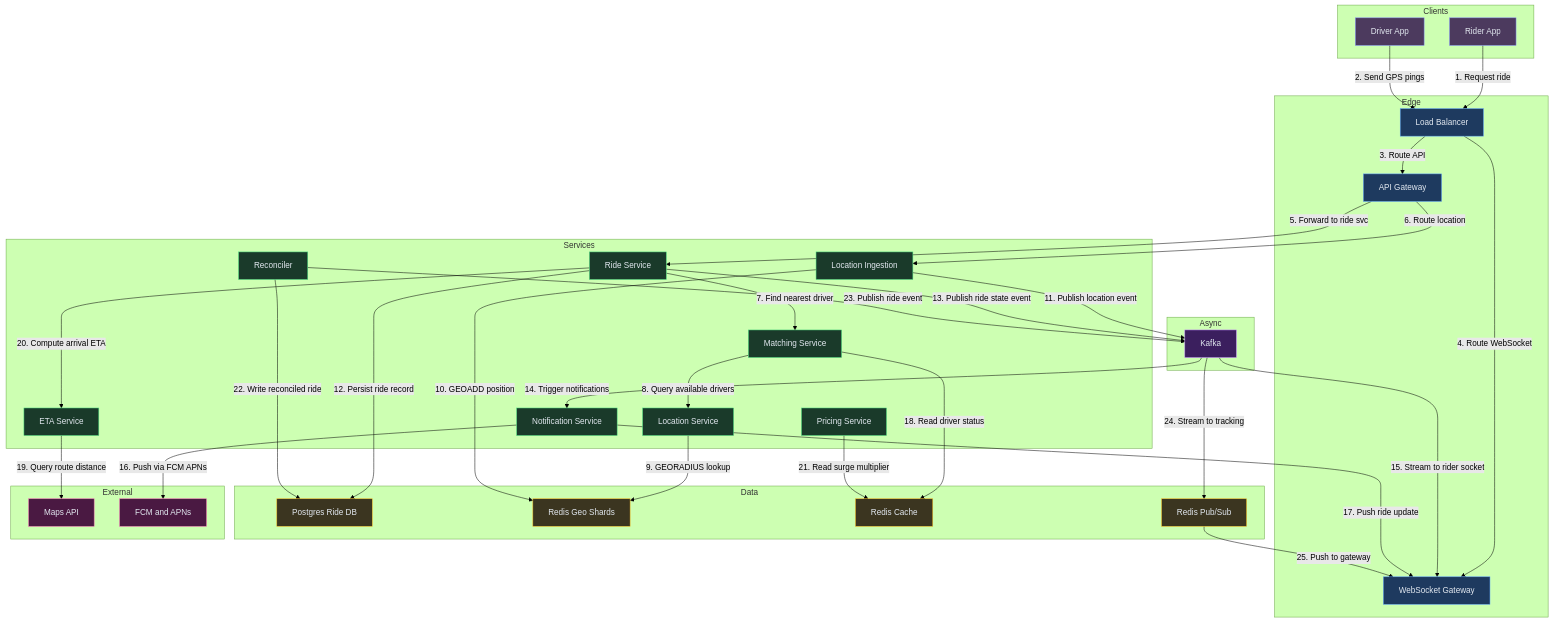
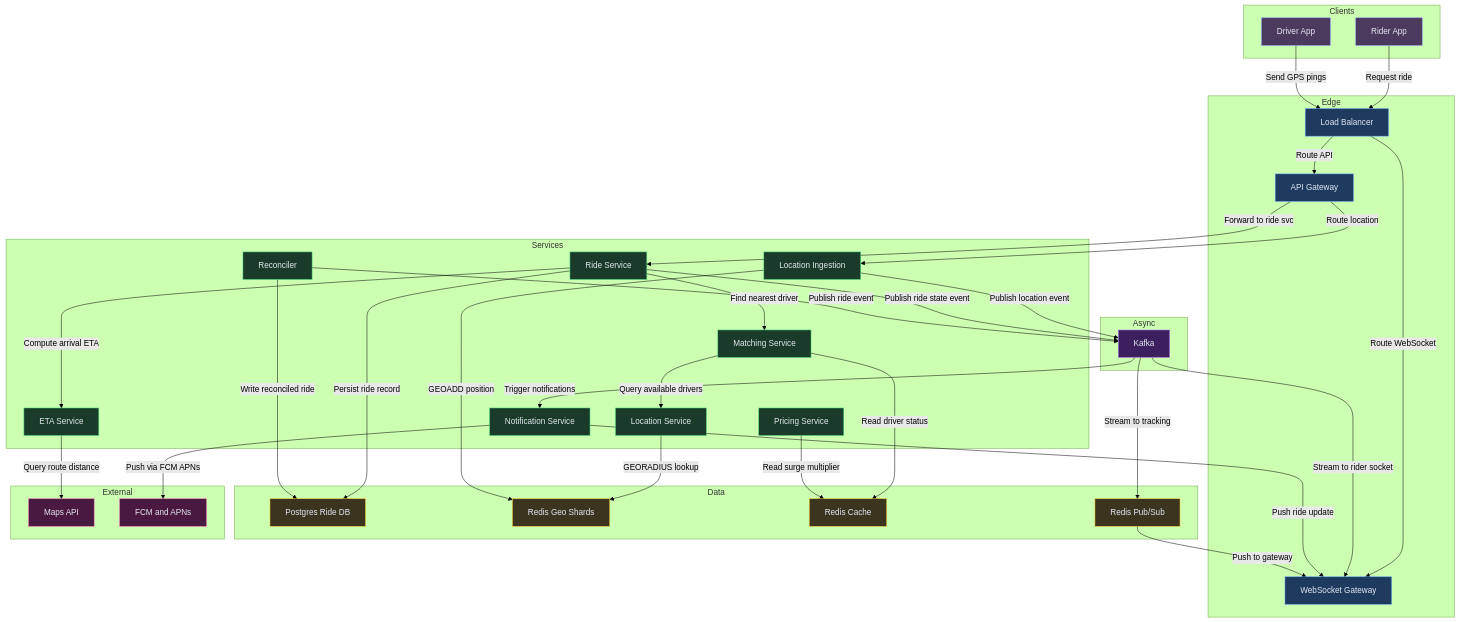
Diagram 11 of 11 in content/hld/Uber.md (iluzn/HLD-Designs), drawn with Mermaid (forest theme) before and after one commit. The commit also changed 26 other files, not shown here.

First line of the commit message:
fix(hld): Remove confusing number prefixes from final architecture diagrams

````diff
--- a/content/hld/Uber.md
+++ b/content/hld/Uber.md
@@ -660,73 +660,73 @@
 ```mermaid
 flowchart TD
     subgraph Clients
         RA["Rider App"]:::client
         DA["Driver App"]:::client
     end
 
     subgraph Edge
         LB["Load Balancer"]:::edge
         GW["API Gateway"]:::edge
         WSG["WebSocket Gateway"]:::edge
     end
 
     subgraph Services
         RS["Ride Service"]:::service
         MS["Matching Service"]:::service
         LI["Location Ingestion"]:::service
         LS["Location Service"]:::service
         NS["Notification Service"]:::service
         PS["Pricing Service"]:::service
         ETA["ETA Service"]:::service
         REC["Reconciler"]:::service
     end
 
     subgraph Async
         KF["Kafka"]:::async
     end
 
     subgraph Data
         PG["Postgres Ride DB"]:::data
         RG["Redis Geo Shards"]:::data
         RC["Redis Cache"]:::data
         RPS["Redis Pub/Sub"]:::data
     end
 
     subgraph External
         MAPS["Maps API"]:::external
         FCM["FCM and APNs"]:::external
     end
 
-    RA -->|"1. Request ride"| LB
-    DA -->|"2. Send GPS pings"| LB
-    LB -->|"3. Route API"| GW
-    LB -->|"4. Route WebSocket"| WSG
-    GW -->|"5. Forward to ride svc"| RS
-    GW -->|"6. Route location"| LI
-    RS -->|"7. Find nearest driver"| MS
-    MS -->|"8. Query available drivers"| LS
-    LS -->|"9. GEORADIUS lookup"| RG
-    LI -->|"10. GEOADD position"| RG
-    LI -->|"11. Publish location event"| KF
-    RS -->|"12. Persist ride record"| PG
-    RS -->|"13. Publish ride state event"| KF
-    KF -->|"14. Trigger notifications"| NS
-    KF -->|"15. Stream to rider socket"| WSG
-    NS -->|"16. Push via FCM APNs"| FCM
-    NS -->|"17. Push ride update"| WSG
-    MS -->|"18. Read driver status"| RC
-    ETA -->|"19. Query route distance"| MAPS
-    RS -->|"20. Compute arrival ETA"| ETA
-    PS -->|"21. Read surge multiplier"| RC
-    REC -->|"22. Write reconciled ride"| PG
-    REC -->|"23. Publish ride event"| KF
-    KF -->|"24. Stream to tracking"| RPS
-    RPS -->|"25. Push to gateway"| WSG
+    RA -->|"Request ride"| LB
+    DA -->|"Send GPS pings"| LB
+    LB -->|"Route API"| GW
+    LB -->|"Route WebSocket"| WSG
+    GW -->|"Forward to ride svc"| RS
+    GW -->|"Route location"| LI
+    RS -->|"Find nearest driver"| MS
+    MS -->|"Query available drivers"| LS
+    LS -->|"GEORADIUS lookup"| RG
+    LI -->|"GEOADD position"| RG
+    LI -->|"Publish location event"| KF
+    RS -->|"Persist ride record"| PG
+    RS -->|"Publish ride state event"| KF
+    KF -->|"Trigger notifications"| NS
+    KF -->|"Stream to rider socket"| WSG
+    NS -->|"Push via FCM APNs"| FCM
+    NS -->|"Push ride update"| WSG
+    MS -->|"Read driver status"| RC
+    ETA -->|"Query route distance"| MAPS
+    RS -->|"Compute arrival ETA"| ETA
+    PS -->|"Read surge multiplier"| RC
+    REC -->|"Write reconciled ride"| PG
+    REC -->|"Publish ride event"| KF
+    KF -->|"Stream to tracking"| RPS
+    RPS -->|"Push to gateway"| WSG
 
     classDef client fill:#4c3a5e,stroke:#818cf8,color:#e2e8f0
     classDef edge fill:#1e3a5f,stroke:#60a5fa,color:#e2e8f0
     classDef service fill:#1a3a2a,stroke:#4ade80,color:#e2e8f0
     classDef async fill:#3b1f5e,stroke:#c084fc,color:#e2e8f0
     classDef data fill:#3b3520,stroke:#fbbf24,color:#e2e8f0
     classDef external fill:#4a1942,stroke:#f472b6,color:#e2e8f0
 ```
````
